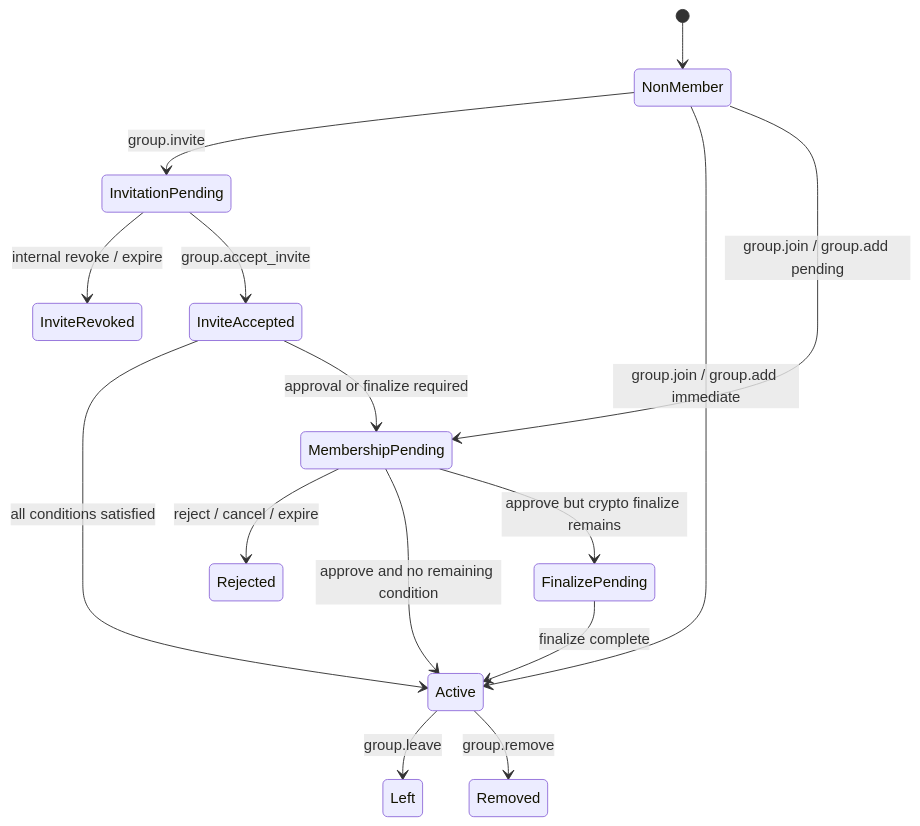
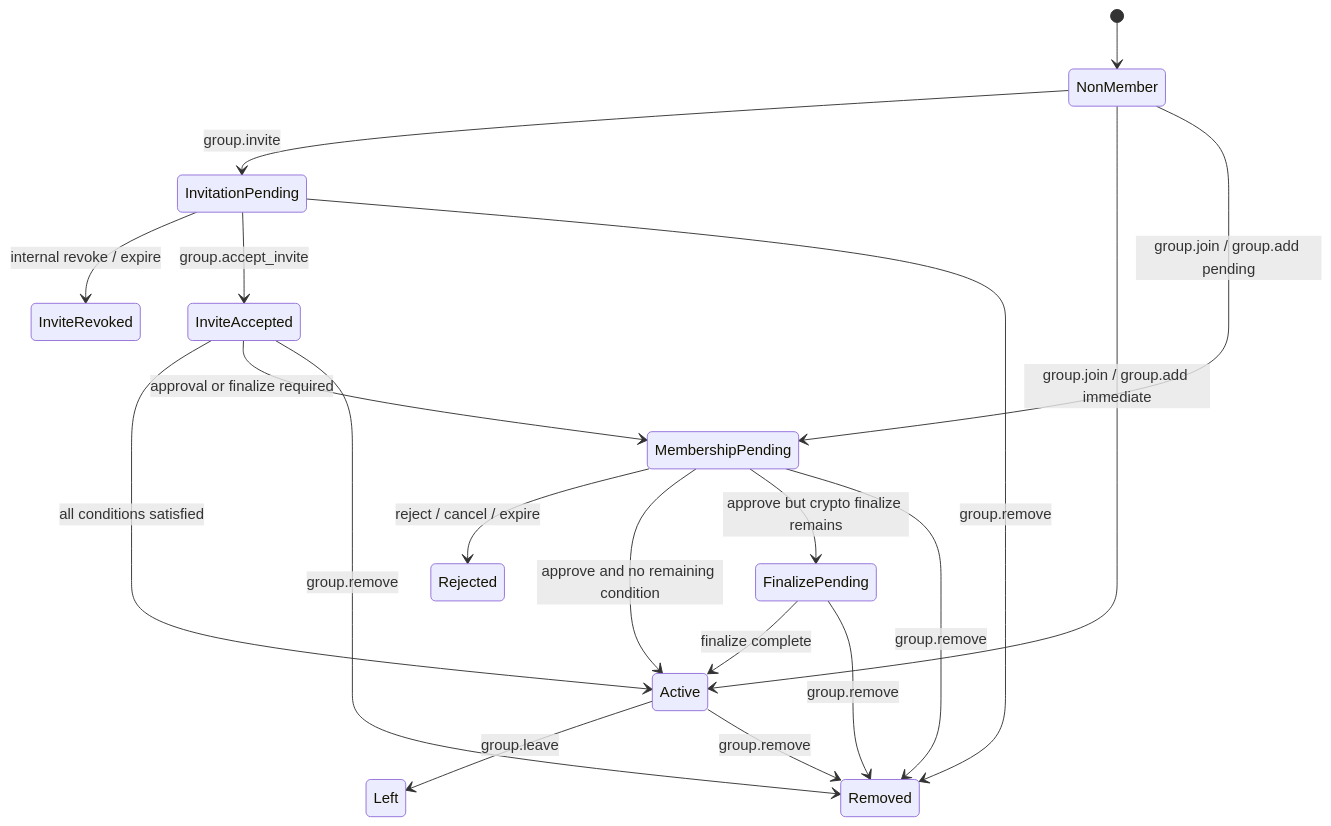
The diagram in chinese/message/04-群组基础语义.md (NeatNerdPrime/AgentNetworkProtocol), drawn with Mermaid before and after one commit. The commit also changed other lines of this file and 1 other file, not shown here.

Commit message:
allow group.remove to terminate all member states

````diff
--- a/chinese/message/04-群组基础语义.md
+++ b/chinese/message/04-群组基础语义.md
@@ -924,23 +924,27 @@
 ```mermaid
 stateDiagram-v2
     [*] --> NonMember
 
     NonMember --> InvitationPending: group.invite
     InvitationPending --> InviteRevoked: internal revoke / expire
     InvitationPending --> InviteAccepted: group.accept_invite
+    InvitationPending --> Removed: group.remove
 
     InviteAccepted --> Active: all conditions satisfied
     InviteAccepted --> MembershipPending: approval or finalize required
+    InviteAccepted --> Removed: group.remove
 
     NonMember --> Active: group.join / group.add immediate
     NonMember --> MembershipPending: group.join / group.add pending
 
     MembershipPending --> Rejected: reject / cancel / expire
     MembershipPending --> Active: approve and no remaining condition
     MembershipPending --> FinalizePending: approve but crypto finalize remains
+    MembershipPending --> Removed: group.remove
 
     FinalizePending --> Active: finalize complete
+    FinalizePending --> Removed: group.remove
 
     Active --> Left: group.leave
     Active --> Removed: group.remove
 ```
````
